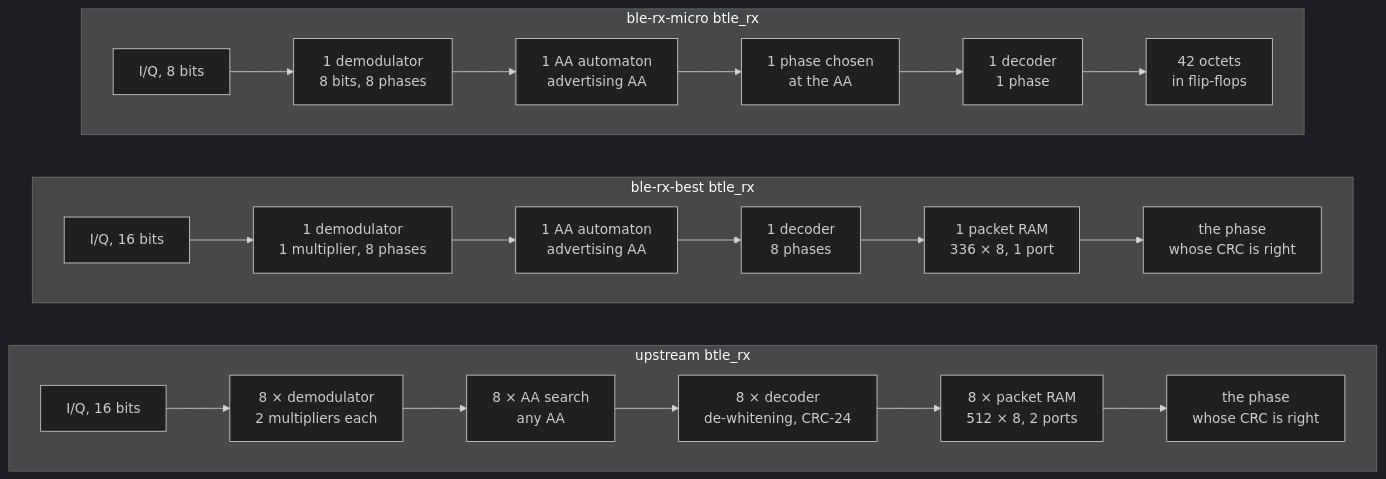
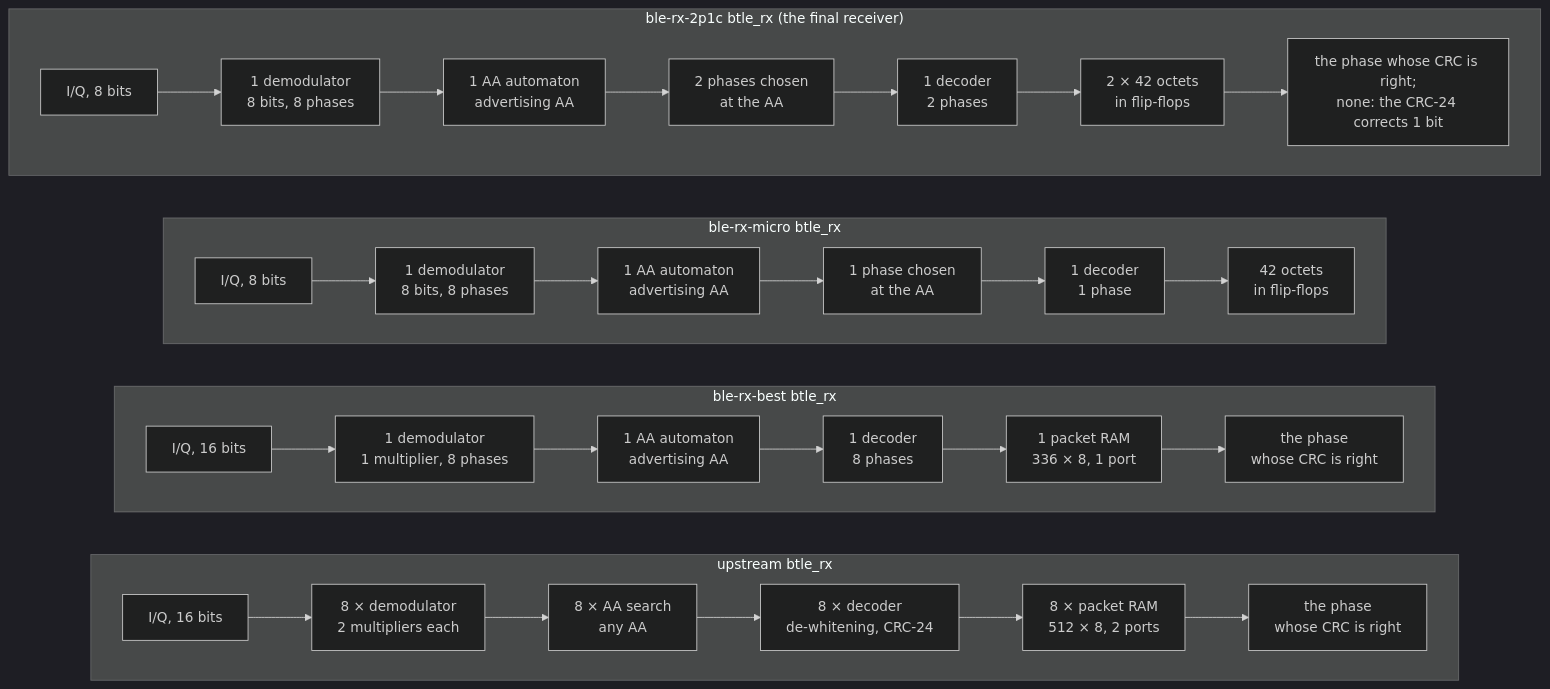
One commit to Miguel11Simoes/BTLE changed the diagram in docs/Final Decisions/RX_FINAL_DECISIONS.md. Above: the diagram before and after it, drawn with Mermaid (dark theme). The commit also changed other lines of this file and 27 other files, not shown here.

````diff
--- a/docs/Final Decisions/RX_FINAL_DECISIONS.md
+++ b/docs/Final Decisions/RX_FINAL_DECISIONS.md
@@ -77,15 +82,19 @@
 ```mermaid
 flowchart LR
   subgraph U["upstream btle_rx"]
     direction LR
     UI["I/Q, 16 bits"] --> UD["8 × demodulator<br/>2 multipliers each"] --> UA["8 × AA search<br/>any AA"] --> UC["8 × decoder<br/>de-whitening, CRC-24"] --> UR["8 × packet RAM<br/>512 × 8, 2 ports"] --> US["the phase<br/>whose CRC is right"]
   end
   subgraph B["ble-rx-best btle_rx"]
     direction LR
     BI["I/Q, 16 bits"] --> BD["1 demodulator<br/>1 multiplier, 8 phases"] --> BA["1 AA automaton<br/>advertising AA"] --> BC["1 decoder<br/>8 phases"] --> BR["1 packet RAM<br/>336 × 8, 1 port"] --> BS["the phase<br/>whose CRC is right"]
   end
   subgraph M["ble-rx-micro btle_rx"]
     direction LR
     MI["I/Q, 8 bits"] --> MD["1 demodulator<br/>8 bits, 8 phases"] --> MA["1 AA automaton<br/>advertising AA"] --> MP["1 phase chosen<br/>at the AA"] --> MC["1 decoder<br/>1 phase"] --> MR["42 octets<br/>in flip-flops"]
   end
+  subgraph K["ble-rx-2p1c btle_rx (the final receiver)"]
+    direction LR
+    KI["I/Q, 8 bits"] --> KD["1 demodulator<br/>8 bits, 8 phases"] --> KA["1 AA automaton<br/>advertising AA"] --> KP["2 phases chosen<br/>at the AA"] --> KC["1 decoder<br/>2 phases"] --> KR["2 × 42 octets<br/>in flip-flops"] --> KS["the phase whose CRC is right;<br/>none: the CRC-24 corrects 1 bit"]
+  end
 ```
````
